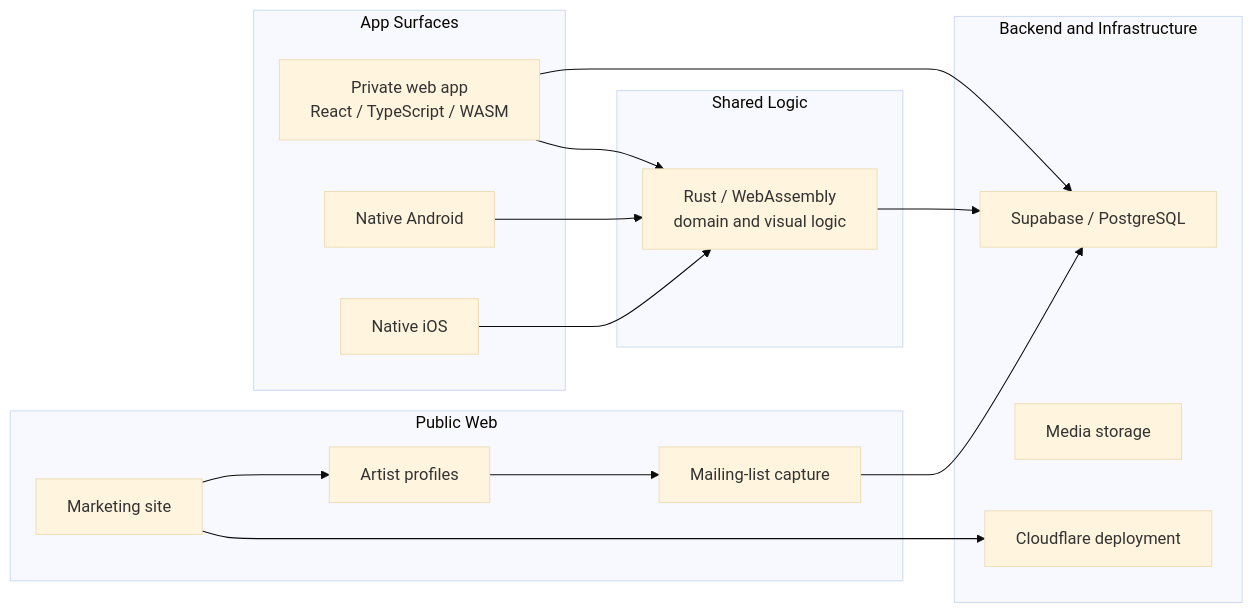
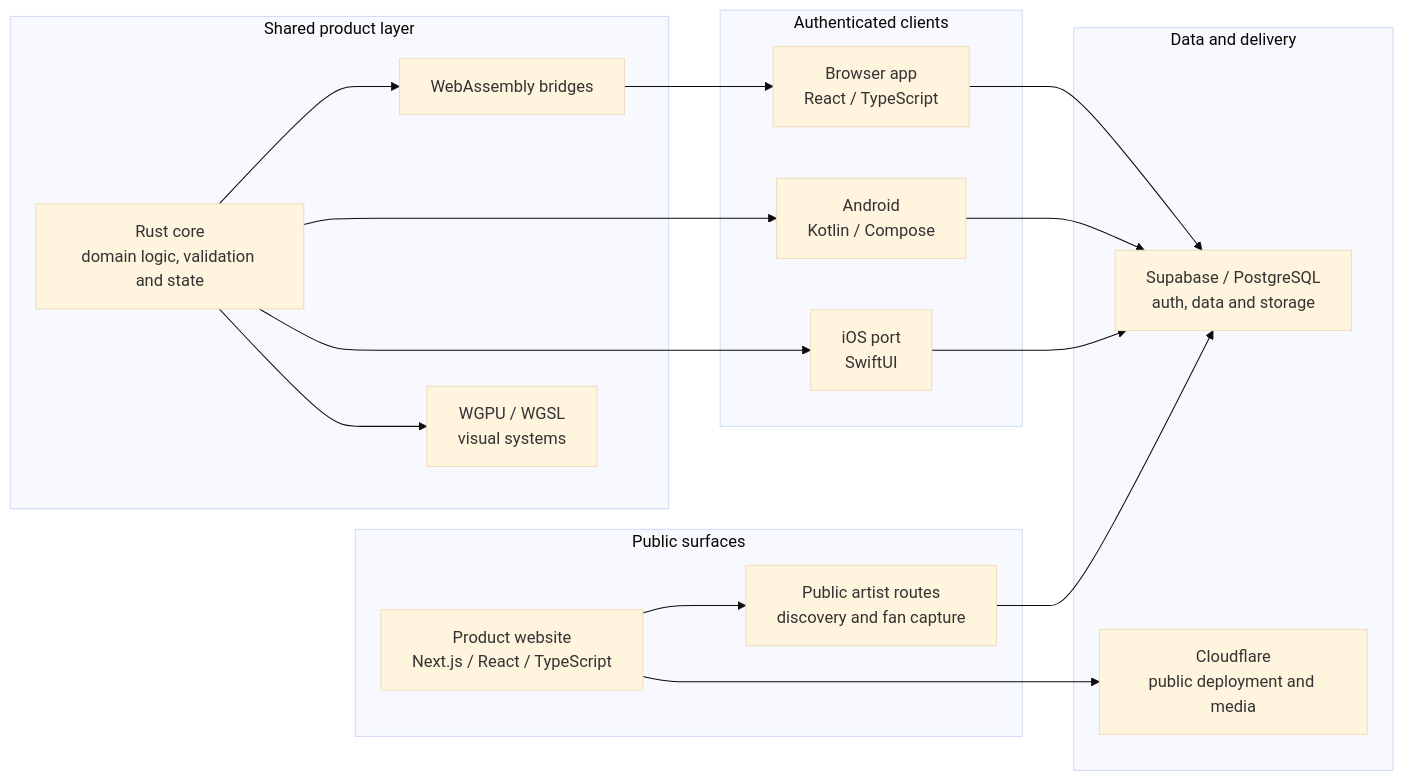
The diagram in docs/02-public-architecture.md (alecrees/metopus-product-case-study), drawn with Mermaid (base theme) before and after one commit. The commit also changed other lines of this file and 22 other files, not shown here.

````diff
--- a/docs/02-public-architecture.md
+++ b/docs/02-public-architecture.md
@@ -7,34 +7,36 @@
 ```mermaid
 flowchart LR
-    subgraph PublicWeb["Public Web"]
-        Marketing["Marketing site"]
-        Profiles["Artist profiles"]
-        Capture["Mailing-list capture"]
+    subgraph Public["Public surfaces"]
+        Site["Product website<br/>Next.js / React / TypeScript"]
+        Profiles["Public artist routes<br/>discovery and fan capture"]
     end
 
-    subgraph AppSurfaces["App Surfaces"]
-        WebApp["Private web app<br/>React / TypeScript / WASM"]
-        Android["Native Android"]
-        IOS["Native iOS"]
+    subgraph Clients["Authenticated clients"]
+        Web["Browser app<br/>React / TypeScript"]
+        Android["Android<br/>Kotlin / Compose"]
+        IOS["iOS port<br/>SwiftUI"]
     end
 
-    subgraph Shared["Shared Logic"]
-        Rust["Rust / WebAssembly<br/>domain and visual logic"]
+    subgraph Shared["Shared product layer"]
+        Rust["Rust core<br/>domain logic, validation and state"]
+        Graphics["WGPU / WGSL<br/>visual systems"]
+        Wasm["WebAssembly bridges"]
     end
 
-    subgraph Backend["Backend and Infrastructure"]
-        Supabase["Supabase / PostgreSQL"]
-        Storage["Media storage"]
-        Cloudflare["Cloudflare deployment"]
+    subgraph Platform["Data and delivery"]
+        Supabase["Supabase / PostgreSQL<br/>auth, data and storage"]
+        Cloudflare["Cloudflare<br/>public deployment and media"]
     end
 
-    Marketing --> Profiles
-    Profiles --> Capture
-    Capture --> Supabase
-    WebApp --> Supabase
-    Android --> Rust
-    IOS --> Rust
-    WebApp --> Rust
-    Rust --> Supabase
-    Marketing --> Cloudflare
+    Site --> Profiles
+    Profiles --> Supabase
+    Site --> Cloudflare
+    Rust --> Wasm
+    Wasm --> Web
+    Rust --> Android
+    Rust --> IOS
+    Rust --> Graphics
+    Web --> Supabase
+    Android --> Supabase
+    IOS --> Supabase
 ```
````
